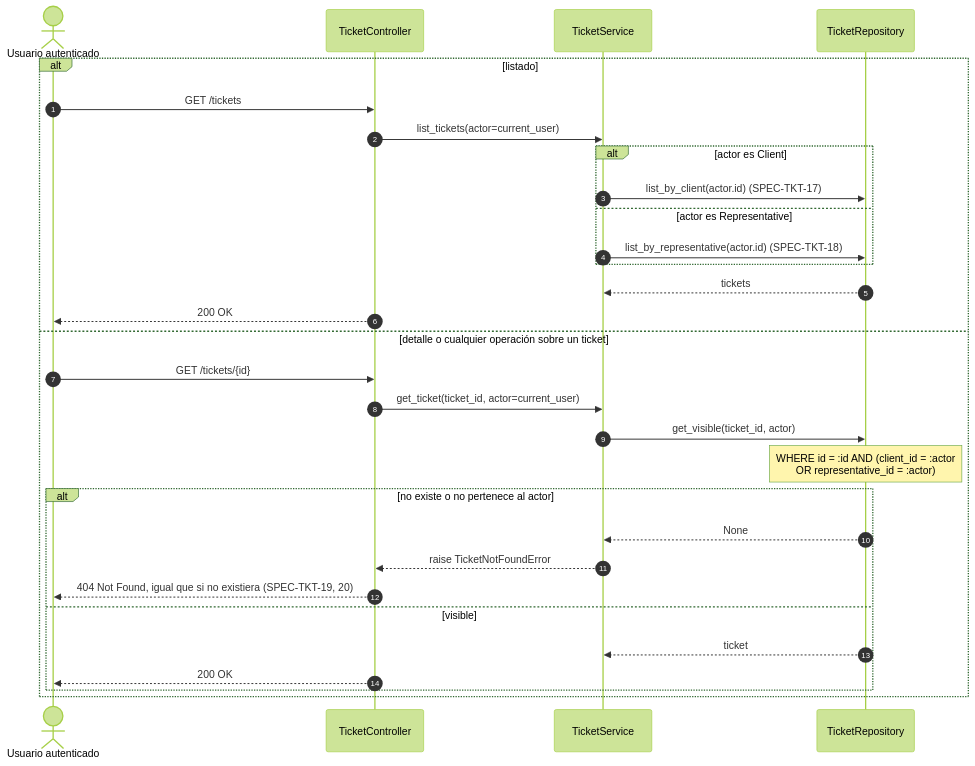
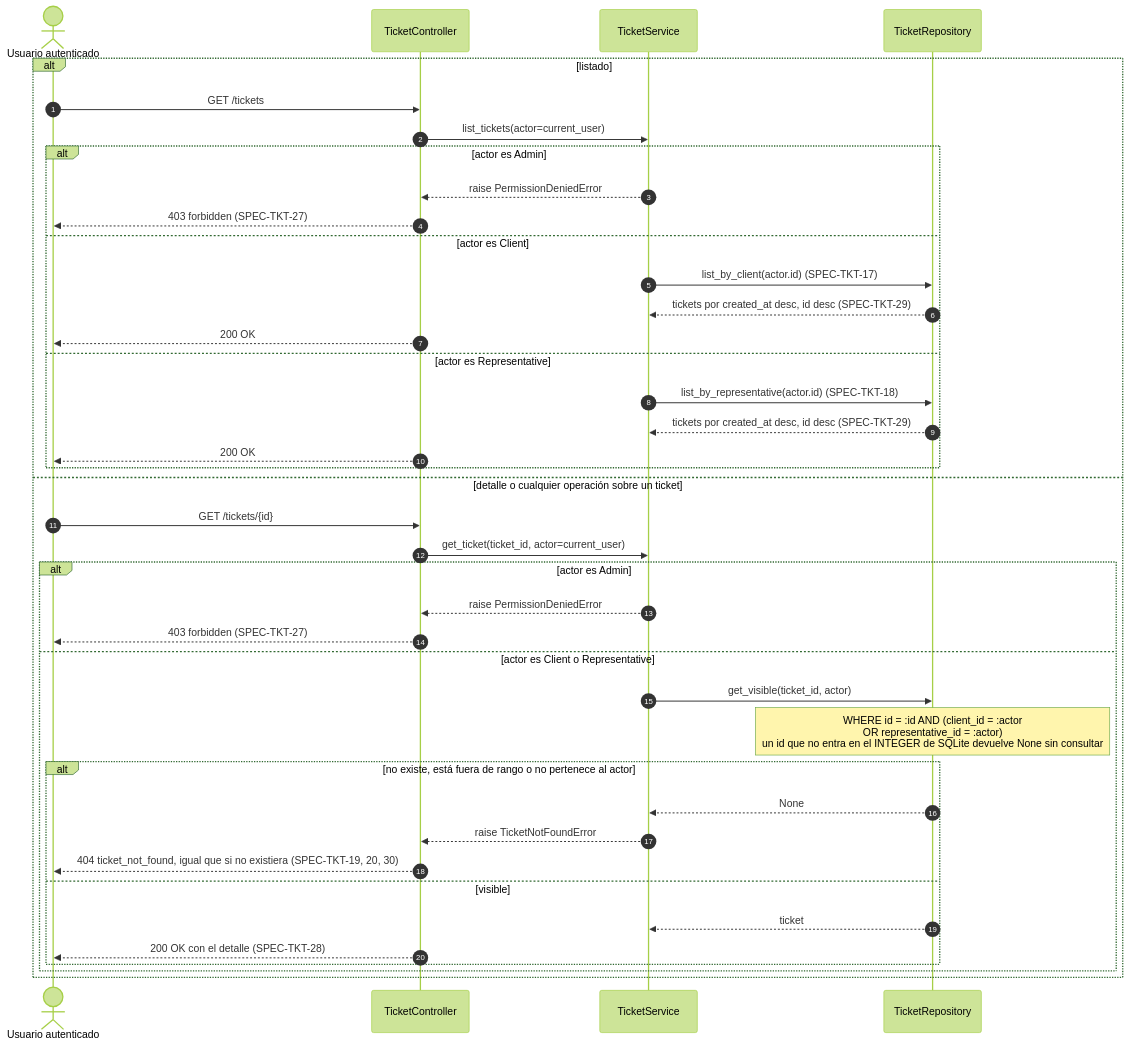
One commit to Diazfe-dev/AyED-III-python-ticket-service changed the fourth of 5 diagrams in diagrams/sequences/04-tickets.md. Above: the diagram before and after it, drawn with Mermaid (forest theme). The commit also changed other lines of this file and 5 other files, not shown here.

Commit message:
test(ticket): add permission matrix, cross-area deactivation case; docs(diagrams): sync ticket diagrams with the code

````diff
--- a/diagrams/sequences/04-tickets.md
+++ b/diagrams/sequences/04-tickets.md
@@ -132,33 +165,43 @@
 ```mermaid
 sequenceDiagram
     autonumber
     actor U as Usuario autenticado
     participant TC as TicketController
     participant TS as TicketService
     participant TR as TicketRepository
 
     alt listado
         U->>TC: GET /tickets
         TC->>TS: list_tickets(actor=current_user)
-        alt actor es Client
+        alt actor es Admin
+            TS-->>TC: raise PermissionDeniedError
+            TC-->>U: 403 forbidden (SPEC-TKT-27)
+        else actor es Client
             TS->>TR: list_by_client(actor.id) (SPEC-TKT-17)
+            TR-->>TS: tickets por created_at desc, id desc (SPEC-TKT-29)
+            TC-->>U: 200 OK
         else actor es Representative
             TS->>TR: list_by_representative(actor.id) (SPEC-TKT-18)
+            TR-->>TS: tickets por created_at desc, id desc (SPEC-TKT-29)
+            TC-->>U: 200 OK
         end
-        TR-->>TS: tickets
-        TC-->>U: 200 OK
     else detalle o cualquier operación sobre un ticket
         U->>TC: GET /tickets/{id}
         TC->>TS: get_ticket(ticket_id, actor=current_user)
-        TS->>TR: get_visible(ticket_id, actor)
-        Note over TR: WHERE id = :id AND (client_id = :actor<br/>OR representative_id = :actor)
-        alt no existe o no pertenece al actor
-            TR-->>TS: None
-            TS-->>TC: raise TicketNotFoundError
-            TC-->>U: 404 Not Found, igual que si no existiera (SPEC-TKT-19, 20)
-        else visible
-            TR-->>TS: ticket
-            TC-->>U: 200 OK
+        alt actor es Admin
+            TS-->>TC: raise PermissionDeniedError
+            TC-->>U: 403 forbidden (SPEC-TKT-27)
+        else actor es Client o Representative
+            TS->>TR: get_visible(ticket_id, actor)
+            Note over TR: WHERE id = :id AND (client_id = :actor<br/>OR representative_id = :actor)<br/>un id que no entra en el INTEGER de SQLite devuelve None sin consultar
+            alt no existe, está fuera de rango o no pertenece al actor
+                TR-->>TS: None
+                TS-->>TC: raise TicketNotFoundError
+                TC-->>U: 404 ticket_not_found, igual que si no existiera (SPEC-TKT-19, 20, 30)
+            else visible
+                TR-->>TS: ticket
+                TC-->>U: 200 OK con el detalle (SPEC-TKT-28)
+            end
         end
     end
 ```
````
